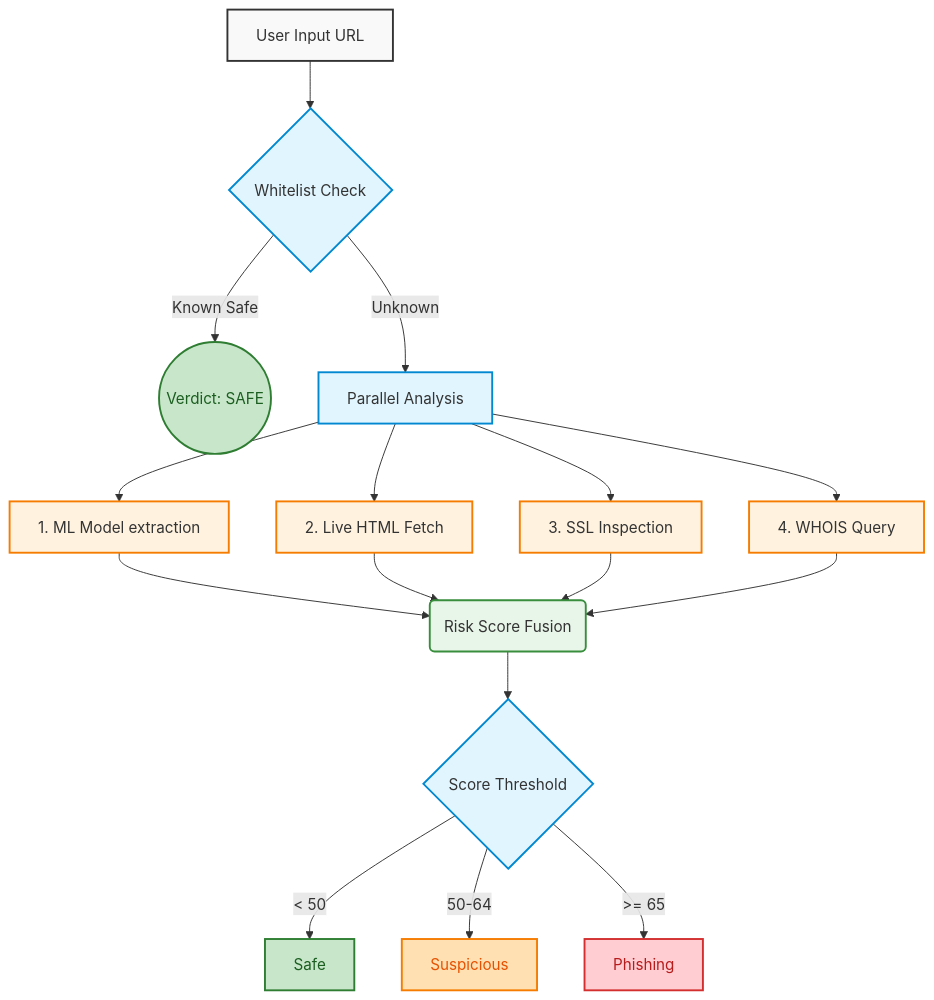
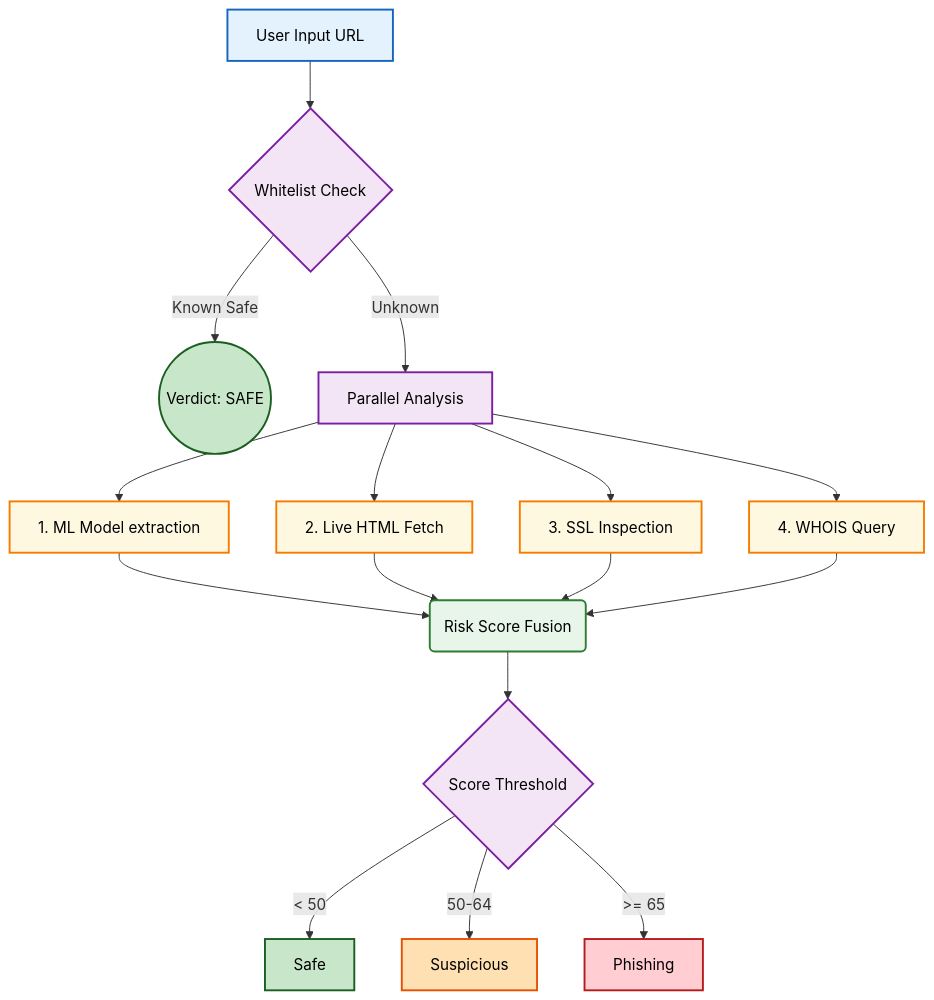
Before and after one commit to End-2007/phishing-site: the diagram in README.md, drawn with Mermaid.

````diff
--- a/README.md
+++ b/README.md
@@ -31,30 +31,30 @@
 ```mermaid
 graph TD
     %% Styling
-    classDef input fill:#f9f9f9,stroke:#333,stroke-width:2px;
-    classDef process fill:#e1f5fe,stroke:#0288d1,stroke-width:2px;
-    classDef analysis fill:#fff3e0,stroke:#f57c00,stroke-width:2px;
-    classDef fusion fill:#e8f5e9,stroke:#388e3c,stroke-width:2px;
-    classDef safe fill:#c8e6c9,stroke:#2e7d32,stroke-width:2px,color:#1b5e20;
-    classDef suspicious fill:#ffe0b2,stroke:#f57c00,stroke-width:2px,color:#e65100;
-    classDef phishing fill:#ffcdd2,stroke:#d32f2f,stroke-width:2px,color:#b71c1c;
+    classDef input fill:#e3f2fd,stroke:#1565c0,stroke-width:2px;
+    classDef process fill:#f3e5f5,stroke:#7b1fa2,stroke-width:2px;
+    classDef analysis fill:#fff8e1,stroke:#f57c00,stroke-width:2px;
+    classDef fusion fill:#e8f5e9,stroke:#2e7d32,stroke-width:2px;
+    classDef safe fill:#c8e6c9,stroke:#1b5e20,stroke-width:2px;
+    classDef suspicious fill:#ffe0b2,stroke:#e65100,stroke-width:2px;
+    classDef phishing fill:#ffcdd2,stroke:#b71c1c,stroke-width:2px;
 
-    A[User Input URL]:::input --> B{Whitelist Check}:::process
-    B -- Known Safe --> C((Verdict: SAFE)):::safe
-    B -- Unknown --> D[Parallel Analysis]:::process
+    A["<font color='black'>User Input URL</font>"]:::input --> B{"<font color='black'>Whitelist Check</font>"}:::process
+    B -- Known Safe --> C(("<font color='black'>Verdict: SAFE</font>")):::safe
+    B -- Unknown --> D["<font color='black'>Parallel Analysis</font>"]:::process
     
-    D --> E[1. ML Model extraction]:::analysis
-    D --> F[2. Live HTML Fetch]:::analysis
-    D --> G[3. SSL Inspection]:::analysis
-    D --> H[4. WHOIS Query]:::analysis
+    D --> E["<font color='black'>1. ML Model extraction</font>"]:::analysis
+    D --> F["<font color='black'>2. Live HTML Fetch</font>"]:::analysis
+    D --> G["<font color='black'>3. SSL Inspection</font>"]:::analysis
+    D --> H["<font color='black'>4. WHOIS Query</font>"]:::analysis
     
-    E --> I(Risk Score Fusion):::fusion
+    E --> I("<font color='black'>Risk Score Fusion</font>"):::fusion
     F --> I
     G --> I
     H --> I
     
-    I --> J{Score Threshold}:::process
-    J -- < 50 --> K[Safe]:::safe
-    J -- 50-64 --> L[Suspicious]:::suspicious
-    J -- >= 65 --> M[Phishing]:::phishing
+    I --> J{"<font color='black'>Score Threshold</font>"}:::process
+    J -- < 50 --> K["<font color='black'>Safe</font>"]:::safe
+    J -- 50-64 --> L["<font color='black'>Suspicious</font>"]:::suspicious
+    J -- >= 65 --> M["<font color='black'>Phishing</font>"]:::phishing
 ```
````
